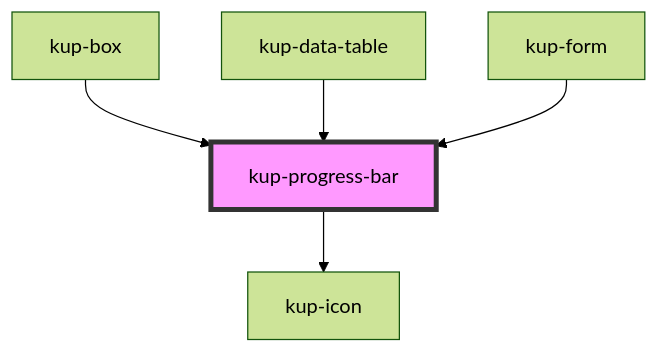
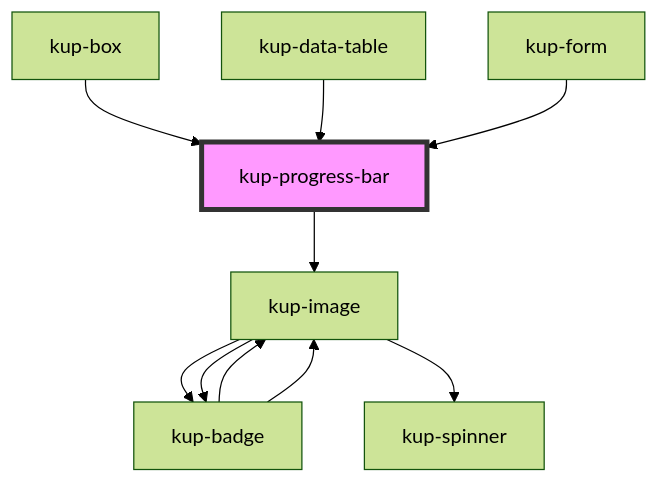
Before and after one commit to smeup/ketchup: the diagram in packages/ketchup/src/components/kup-progress-bar/readme.md, drawn with Mermaid (forest theme). The commit also changed other lines of this file and 7 other files, not shown here.

````diff
--- a/packages/ketchup/src/components/kup-progress-bar/readme.md
+++ b/packages/ketchup/src/components/kup-progress-bar/readme.md
@@ -38,8 +38,13 @@
 ```mermaid
 graph TD;
-  kup-progress-bar --> kup-icon
+  kup-progress-bar --> kup-image
+  kup-image --> kup-badge
+  kup-image --> kup-spinner
+  kup-image --> kup-badge
+  kup-badge --> kup-image
+  kup-badge --> kup-image
   kup-box --> kup-progress-bar
   kup-data-table --> kup-progress-bar
   kup-form --> kup-progress-bar
   style kup-progress-bar fill:#f9f,stroke:#333,stroke-width:4px
 ```
````
